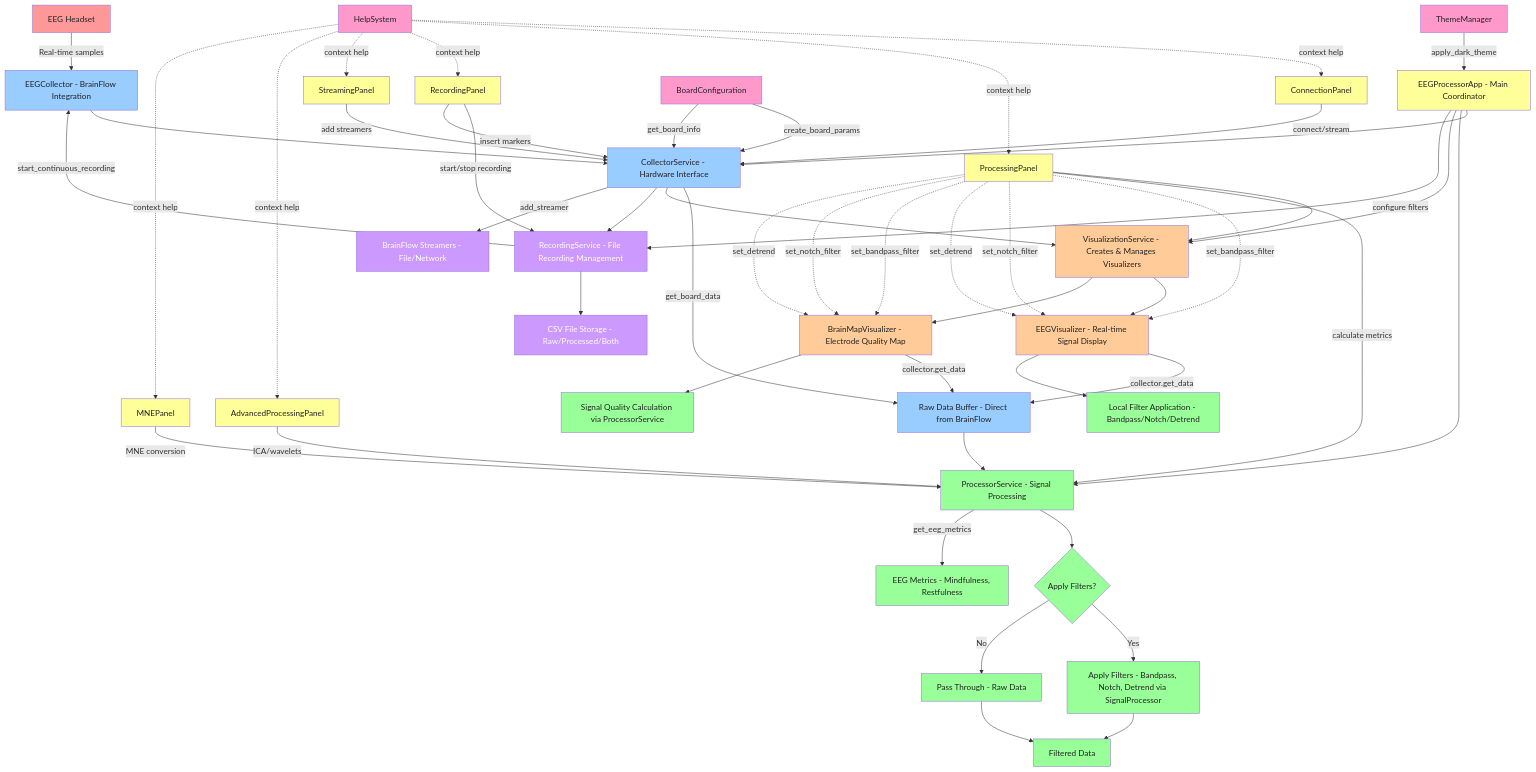
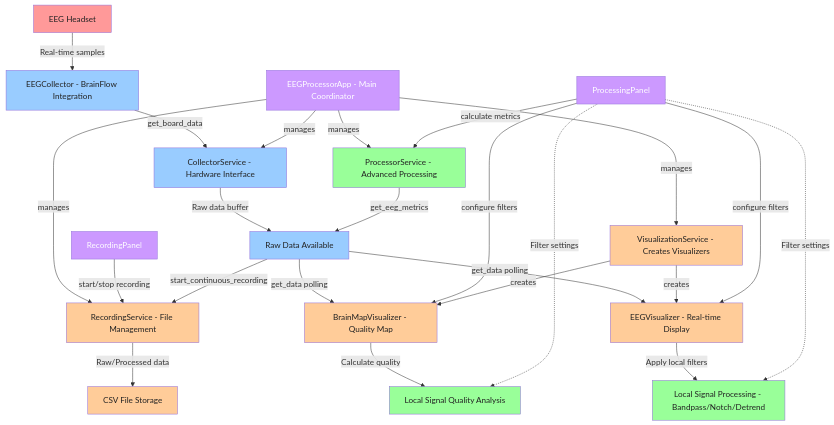
The diagram in Diagrams/EegProcessor/ep_samples_flowchart_it2.md (PabloSoage/NeuroSync-Framework), drawn with Mermaid before and after one commit.

Commit message:
Flowchart Simplified V1

````diff
--- a/Diagrams/EegProcessor/ep_samples_flowchart_it2.md
+++ b/Diagrams/EegProcessor/ep_samples_flowchart_it2.md
@@ -3,95 +3,55 @@
     %% Hardware Layer
     A[EEG Headset] -->|Real-time samples| B[EEGCollector - BrainFlow Integration]
     
-    %% Collection Service Layer
-    B --> C[CollectorService - Hardware Interface]
-    C -->|get_board_data| D[Raw Data Buffer - Direct from BrainFlow]
+    %% Service Layer
+    B -->|get_board_data| C[CollectorService - Hardware Interface]
+    C -->|Raw data buffer| D[Raw Data Available]
     
-    %% Processing Service Layer
-    D --> E[ProcessorService - Signal Processing]
-    E --> F{Apply Filters?}
-    F -->|Yes| G[Apply Filters - Bandpass, Notch, Detrend via SignalProcessor]
-    F -->|No| H[Pass Through - Raw Data]
-    G --> I[Filtered Data]
-    H --> I
-    
-    %% Visualization Service Distribution
-    C --> J[VisualizationService - Creates & Manages Visualizers]
-    J --> K[EEGVisualizer - Real-time Signal Display]
-    J --> L[BrainMapVisualizer - Electrode Quality Map]
-    
-    %% Direct Data Access from Visualizers
-    K -->|collector.get_data| D
-    L -->|collector.get_data| D
+    %% Visualization Branch - Direct Access
+    D -->|get_data polling| E[EEGVisualizer - Real-time Display]
+    D -->|get_data polling| F[BrainMapVisualizer - Quality Map]
     
     %% Local Processing in Visualizers
-    K --> M[Local Filter Application - Bandpass/Notch/Detrend]
-    L --> N[Signal Quality Calculation via ProcessorService]
+    E -->|Apply local filters| G[Local Signal Processing - Bandpass/Notch/Detrend]
+    F -->|Calculate quality| H[Local Signal Quality Analysis]
     
-    %% Recording Service
-    C --> O[RecordingService - File Recording Management]
-    O -->|start_continuous_recording| B
-    O --> P[CSV File Storage - Raw/Processed/Both]
+    %% Recording Branch - Direct Access
+    I -->|Raw/Processed data| J[CSV File Storage]
     
-    %% Service-based Architecture
-    Q[EEGProcessorApp - Main Coordinator] --> C
-    Q --> E
-    Q --> J
-    Q --> O
+    %% Processing Service - Independent Operations
+    K[ProcessorService - Advanced Processing] -->|get_eeg_metrics| D
+    
+    %% UI Control Layer
+    M[EEGProcessorApp - Main Coordinator] -->|manages| C
+    M -->|manages| N[VisualizationService - Creates Visualizers]
+    M -->|manages| I[RecordingService - File Management]
+    M -->|manages| K
     
     %% UI Panel Controls
-    R[ConnectionPanel] -->|connect/stream| C
-    S[ProcessingPanel] -->|configure filters| J
-    S -->|calculate metrics| E
-    T[RecordingPanel] -->|start/stop recording| O
-    T -->|insert markers| C
-    U[StreamingPanel] -->|add streamers| C
-    V[AdvancedProcessingPanel] -->|ICA/wavelets| E
-    W[MNEPanel] -->|MNE conversion| E
+    N -->|creates| E
     
-    %% Filter Application Paths
-    S -.->|set_bandpass_filter| K
-    S -.->|set_notch_filter| K
-    S -.->|set_detrend| K
-    S -.->|set_bandpass_filter| L
-    S -.->|set_notch_filter| L
-    S -.->|set_detrend| L
+    O[ProcessingPanel] -->|configure filters| E
+    O -->|configure filters| F
+    N -->|creates| F
+    O -->|calculate metrics| K
+    P[RecordingPanel] -->|start/stop recording| I
+
+    D -->|start_continuous_recording| I
     
-    %% Data Flow for Metrics
-    E -->|get_eeg_metrics| X[EEG Metrics - Mindfulness, Restfulness]
-    
-    %% Streaming Support
-    C -->|add_streamer| Y[BrainFlow Streamers - File/Network]
-    
-    %% Board Configuration
-    Z[BoardConfiguration] -->|create_board_params| C
-    Z -->|get_board_info| C
-    
-    %% Theme Management
-    AA[ThemeManager] -->|apply_dark_theme| Q
-    
-    %% Help System
-    BB[HelpSystem] -.->|context help| R
-    BB -.->|context help| S
-    BB -.->|context help| T
-    BB -.->|context help| U
-    BB -.->|context help| V
-    BB -.->|context help| W
+    %% Filter Configuration Flow
+    O -.->|Filter settings| G
+    O -.->|Filter settings| H
     
     %% Styling
     classDef hardware fill:#ff9999,color:#222
-    classDef collection fill:#99ccff,color:#222
+    classDef services fill:#99ccff,color:#222
     classDef processing fill:#99ff99,color:#222
     classDef visualization fill:#ffcc99,color:#222
-    classDef services fill:#cc99ff,color:#fff
-    classDef ui fill:#ffff99,color:#222
-    classDef config fill:#ff99cc,color:#222
+    classDef control fill:#cc99ff,color:#fff
     
     class A hardware
-    class B,C,D collection
-    class E,F,G,H,I,M,N,X processing
-    class J,K,L visualization
-    class O,P,Y services
-    class Q,R,S,T,U,V,W ui
-    class Z,AA,BB config
+    class B,C,D services
+    class G,H,K,L processing
+    class E,F,I,J,N visualization
+    class M,O,P control
 ```
````
